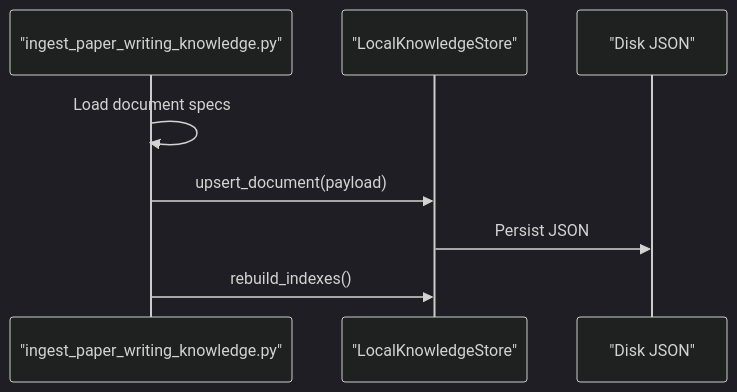
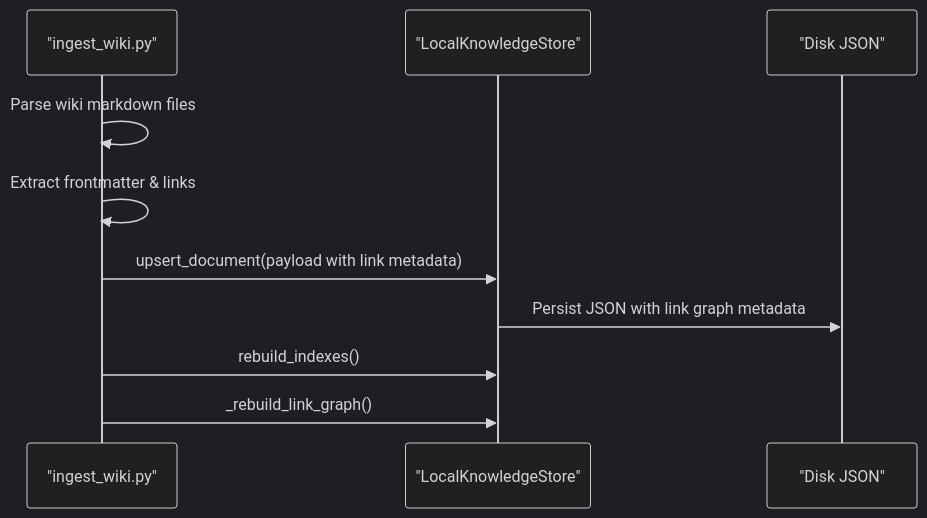
Before and after one commit to intellistream/sage-mate: the fifth of 6 diagrams in .qoder/repowiki/en/content/Knowledge Management/Knowledge Ingestion Pipeline.md, drawn with Mermaid (dark theme). The commit also changed other lines of this file and 136 other files, not shown here.

First line of the commit message:
chore: source updates, bidirectional link graph, data and repowiki refresh

````diff
--- a/.qoder/repowiki/en/content/Knowledge Management/Knowledge Ingestion Pipeline.md
+++ b/.qoder/repowiki/en/content/Knowledge Management/Knowledge Ingestion Pipeline.md
@@ -207,10 +283,12 @@
 ```mermaid
 sequenceDiagram
-participant Script as "ingest_paper_writing_knowledge.py"
+participant Script as "ingest_wiki.py"
 participant Store as "LocalKnowledgeStore"
 participant FS as "Disk JSON"
-Script->>Script : Load document specs
-Script->>Store : upsert_document(payload)
-Store->>FS : Persist JSON
+Script->>Script : Parse wiki markdown files
+Script->>Script : Extract frontmatter & links
+Script->>Store : upsert_document(payload with link metadata)
+Store->>FS : Persist JSON with link graph metadata
 Script->>Store : rebuild_indexes()
+Script->>Store : _rebuild_link_graph()
 ```
````
